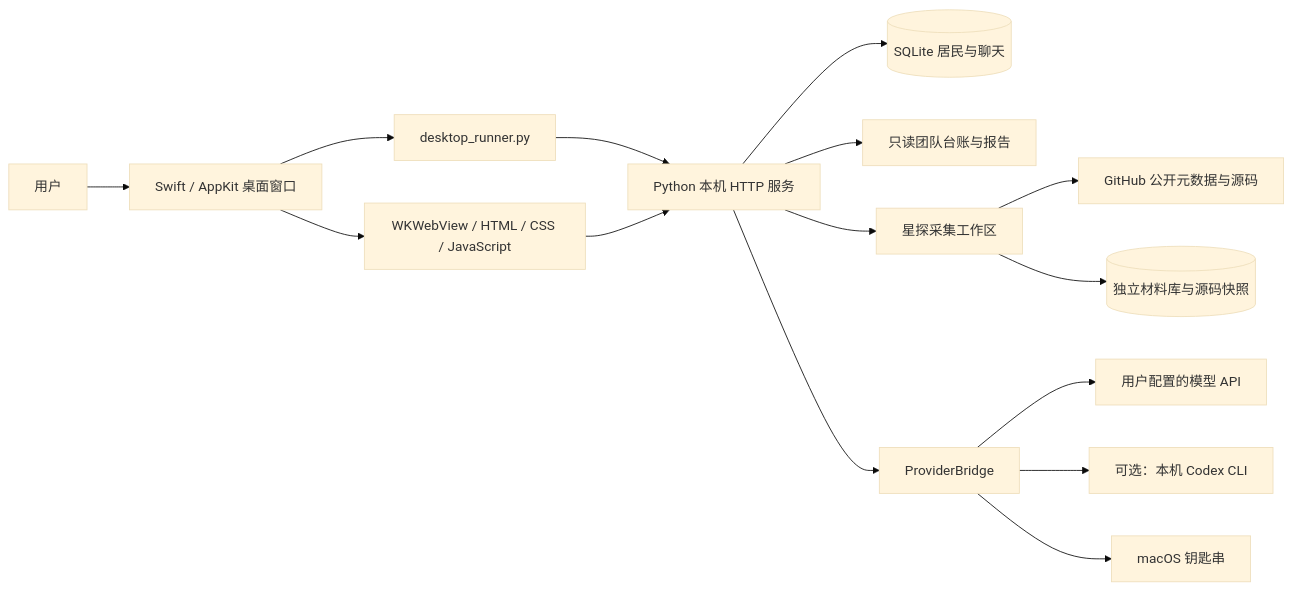
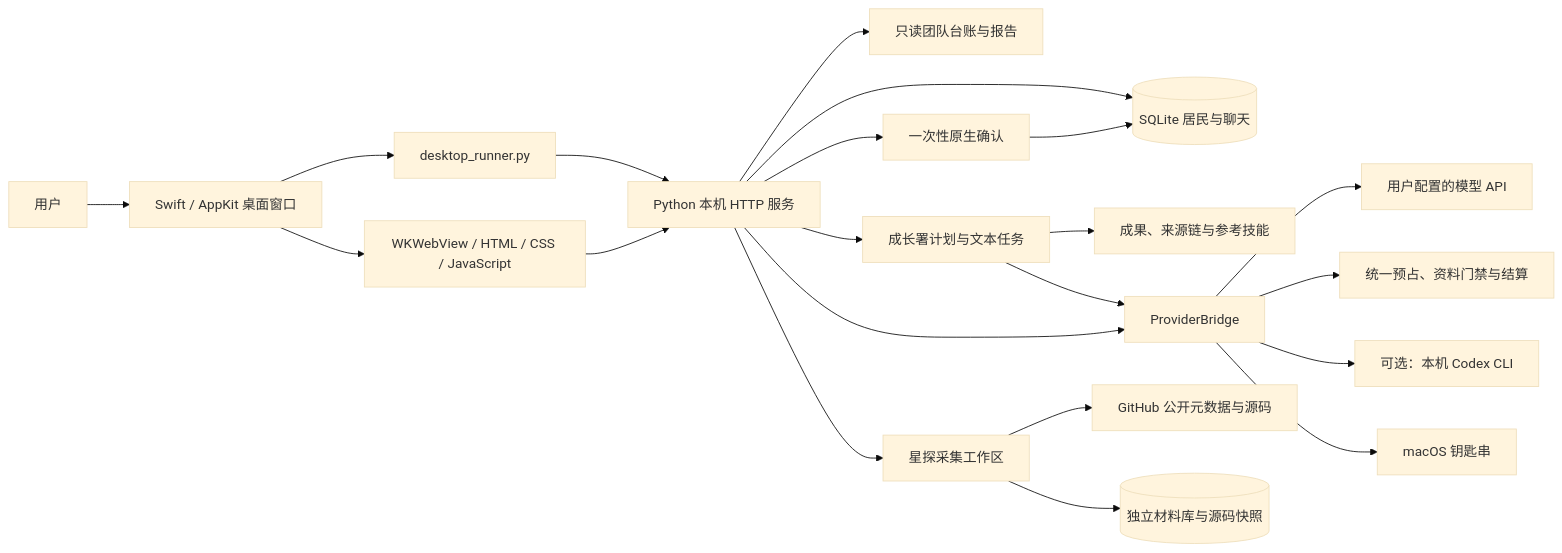
Before and after one commit to 2017Rocke/starhaven-town: the diagram in docs/ARCHITECTURE.md, drawn with Mermaid (base theme). The commit also changed other lines of this file and 36 other files, not shown here.

````diff
--- a/docs/ARCHITECTURE.md
+++ b/docs/ARCHITECTURE.md
@@ -7,17 +9,23 @@
 ```mermaid
 flowchart LR
     User[用户] --> Mac[Swift / AppKit 桌面窗口]
     Mac --> Web[WKWebView / HTML / CSS / JavaScript]
     Mac --> Runner[desktop_runner.py]
     Runner --> Server[Python 本机 HTTP 服务]
     Web --> Server
     Server --> DB[(SQLite 居民与聊天)]
     Server --> Ledger[只读团队台账与报告]
     Server --> Scout[星探采集工作区]
+    Server --> Growth[成长署计划与文本任务]
+    Growth --> Artifacts[成果、来源链与参考技能]
+    Growth --> Bridge
+    Server --> Owner[一次性原生确认]
+    Owner --> DB
     Scout --> GitHub[GitHub 公开元数据与源码]
     Scout --> Materials[(独立材料库与源码快照)]
     Server --> Bridge[ProviderBridge]
     Bridge --> API[用户配置的模型 API]
+    Bridge --> Budget[统一预占、资料门禁与结算]
     Bridge --> Codex[可选：本机 Codex CLI]
     Bridge --> Keychain[macOS 钥匙串]
 ```
````
